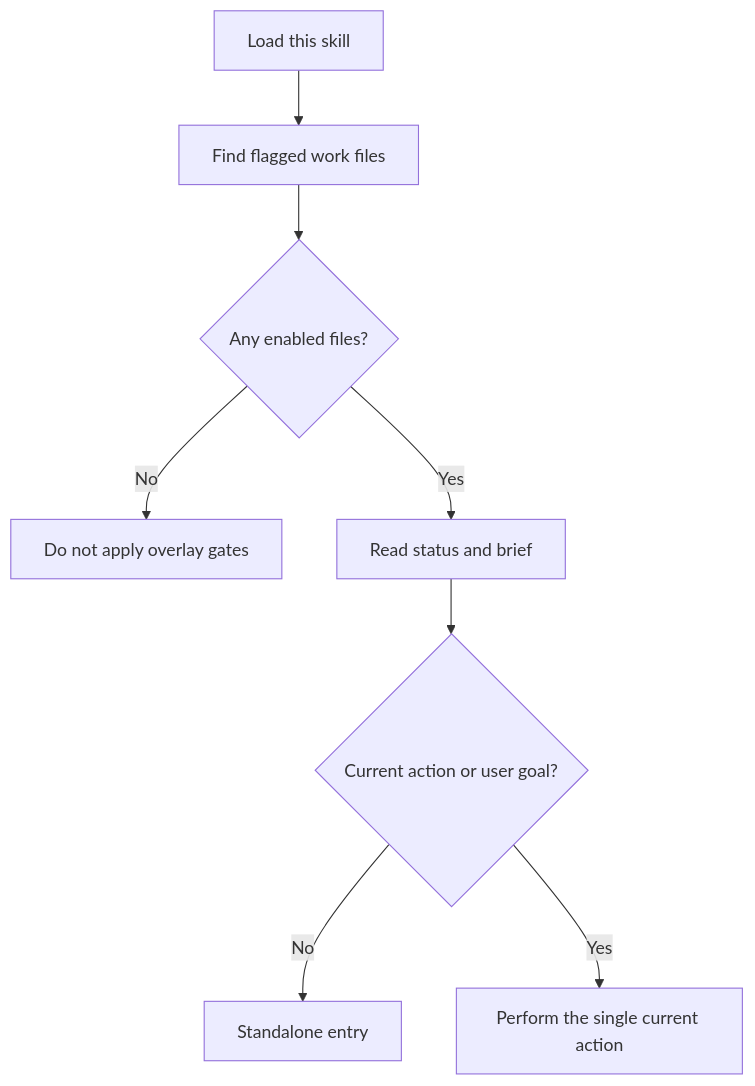
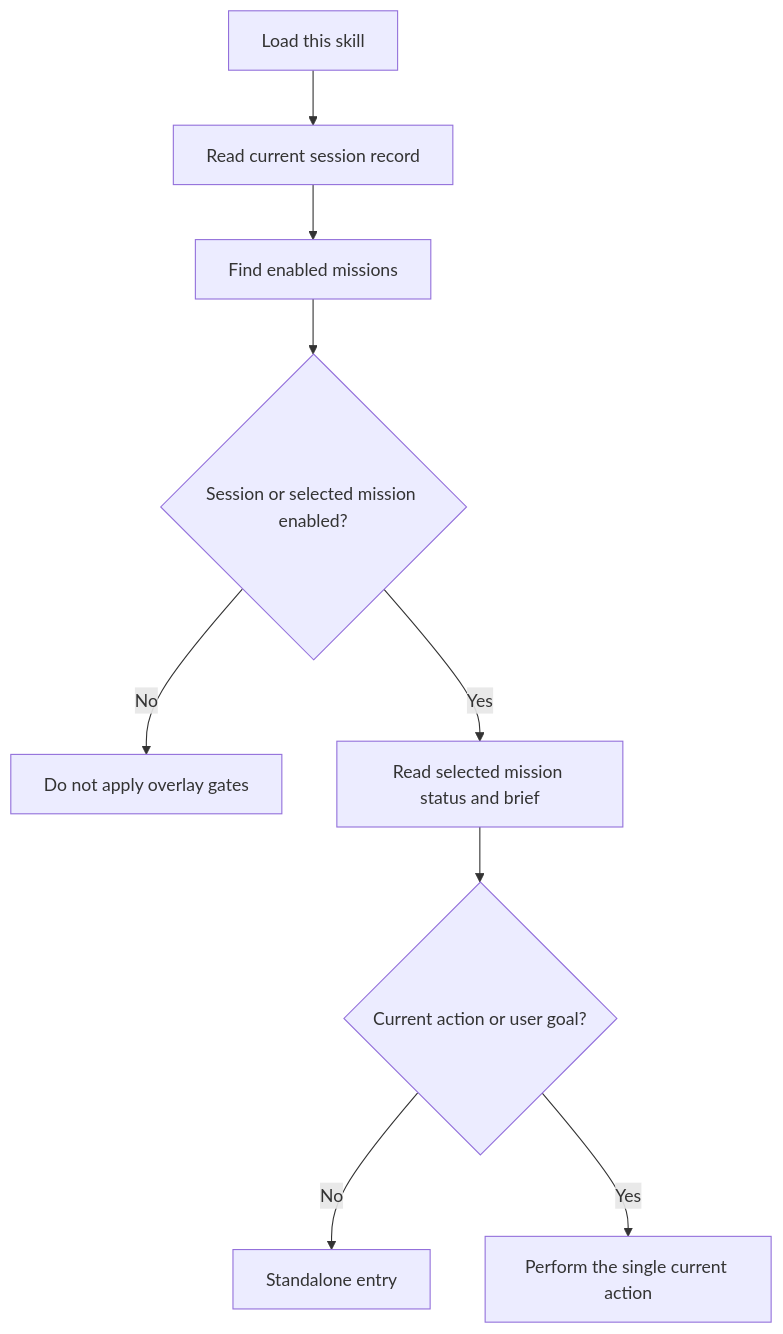
One commit to elu697/agent-skills changed the diagram in packages/workspace-agent-perk-guild/.apm/skills/workspace-agent-perk-guild/SKILL.md. Above: the diagram before and after it, drawn with Mermaid. The commit also changed other lines of this file and 19 other files, not shown here.

````diff
--- a/packages/workspace-agent-perk-guild/.apm/skills/workspace-agent-perk-guild/SKILL.md
+++ b/packages/workspace-agent-perk-guild/.apm/skills/workspace-agent-perk-guild/SKILL.md
@@ -46,10 +77,11 @@
 ```mermaid
 flowchart TD
-  load["Load this skill"] --> scan["Find flagged work files"]
-  scan --> any{"Any enabled files?"}
+  load["Load this skill"] --> session["Read current session record"]
+  session --> scan["Find enabled missions"]
+  scan --> any{"Session or selected mission enabled?"}
   any -->|No| idle["Do not apply overlay gates"]
-  any -->|Yes| read["Read status and brief"]
+  any -->|Yes| read["Read selected mission status and brief"]
   read --> instructed{"Current action or user goal?"}
   instructed -->|No| choose["Standalone entry"]
   instructed -->|Yes| work["Perform the single current action"]
 ```
````
